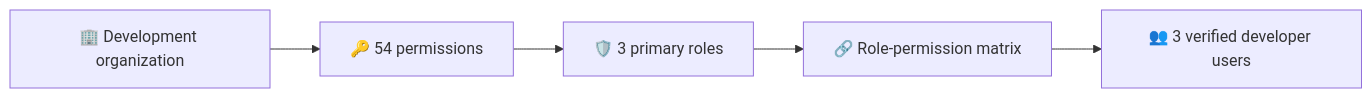
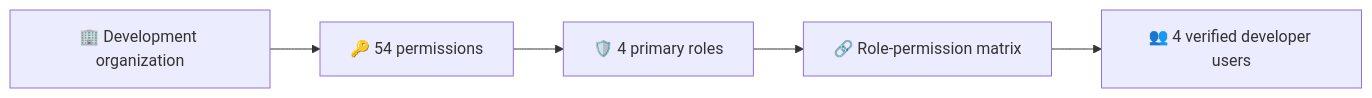
The third of 4 diagrams in README.md (earljohnestandarte/MangroScan-API), drawn with Mermaid before and after one commit. The commit also changed other lines of this file and 14 other files, not shown here.

````diff
--- a/README.md
+++ b/README.md
@@ -321,7 +321,7 @@
 ```mermaid
 flowchart LR
     Org["🏢 Development organization"] --> Permissions["🔑 54 permissions"]
-    Permissions --> Roles["🛡️ 3 primary roles"]
+    Permissions --> Roles["🛡️ 4 primary roles"]
     Roles --> Matrix["🔗 Role-permission matrix"]
-    Matrix --> Users["👥 3 verified developer users"]
+    Matrix --> Users["👥 4 verified developer users"]
 ```
````
